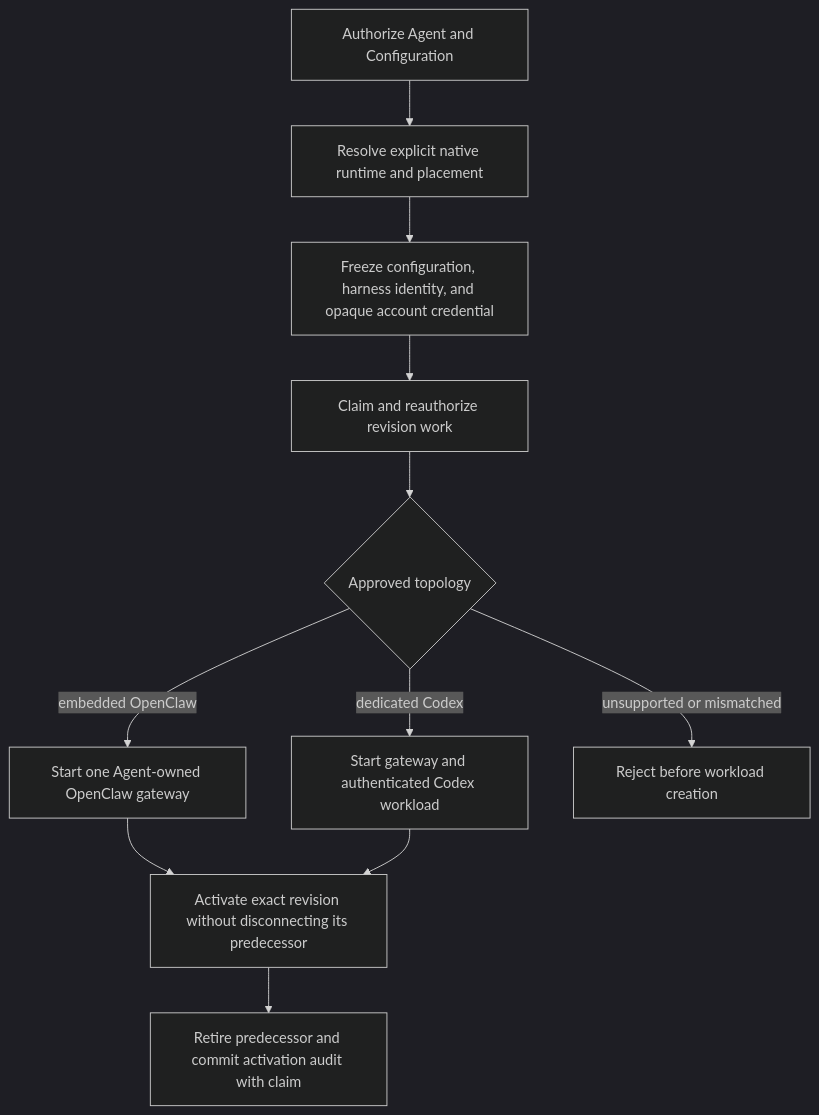
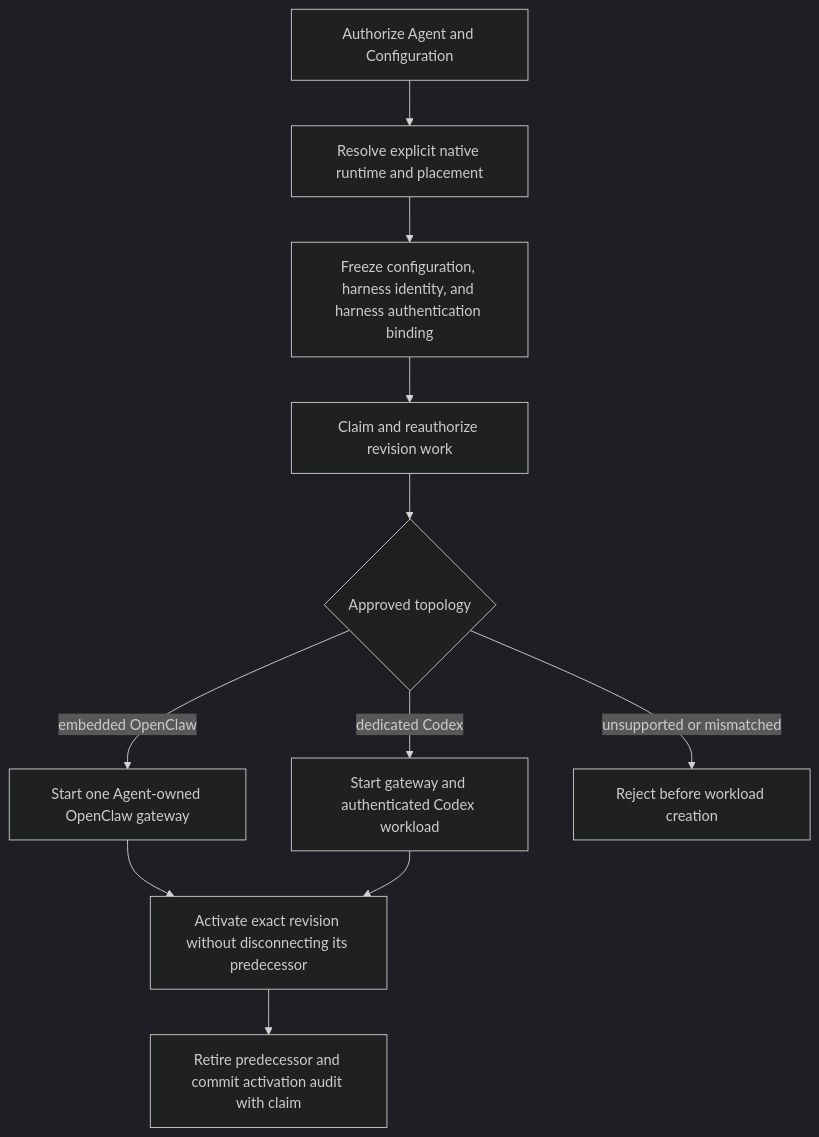
The diagram in docs/flows/harness-execution-topology.md (IsaiahStapleton/openclaw-enterprise), drawn with Mermaid (dark theme) before and after one commit. The commit also changed other lines of this file and 102 other files, not shown here.

Commit message:
feat: bind harness authentication through Agent credential references

````diff
--- a/docs/flows/harness-execution-topology.md
+++ b/docs/flows/harness-execution-topology.md
@@ -28,13 +28,13 @@
 ```mermaid
 graph TD
   A["Authorize Agent and Configuration"] --> B["Resolve explicit native runtime and placement"]
-  B --> C["Freeze configuration, harness identity, and opaque account credential"]
+  B --> C["Freeze configuration, harness identity, and harness authentication binding"]
   C --> D["Claim and reauthorize revision work"]
   D --> E{"Approved topology"}
   E -->|embedded OpenClaw| F["Start one Agent-owned OpenClaw gateway"]
   E -->|dedicated Codex| G["Start gateway and authenticated Codex workload"]
   E -->|unsupported or mismatched| H["Reject before workload creation"]
   F --> I["Activate exact revision without disconnecting its predecessor"]
   G --> I
   I --> J["Retire predecessor and commit activation audit with claim"]
 ```
````
